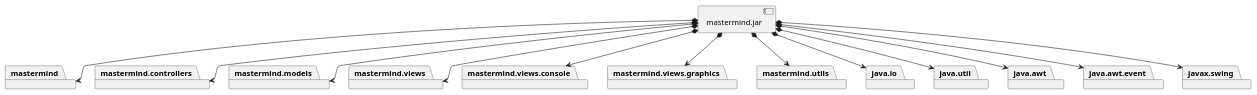
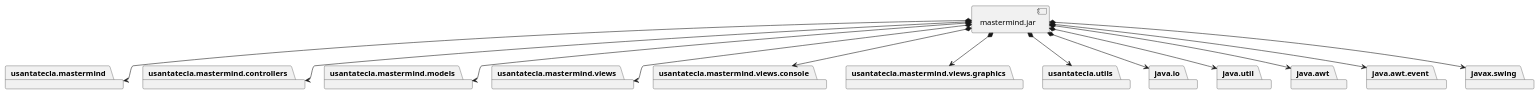
The first of 2 diagrams in modelViewPresenter/presentationModel/withoutDoubleDispatching/docs/diagrams/src/vistas.plantuml (SantaTecla-mastermind/solution.java.swing.socket.sql), drawn with PlantUML before and after one commit. The commit also changed 5 other files, not shown here.

```diff
--- a/modelViewPresenter/presentationModel/withoutDoubleDispatching/docs/diagrams/src/vistas.plantuml
+++ b/modelViewPresenter/presentationModel/withoutDoubleDispatching/docs/diagrams/src/vistas.plantuml
@@ -1,41 +1,41 @@
 @startuml desarrollo_implementacion
-package "  "  as mastermind {
+package "  "  as usantatecla.mastermind {
 }
-package "  "  as mastermind.controllers {
+package "  "  as usantatecla.mastermind.controllers {
 }
-package "  "  as mastermind.models {
+package "  "  as usantatecla.mastermind.models {
 }
-package "  "  as mastermind.views {
+package "  "  as usantatecla.mastermind.views {
 }
-package "  "  as mastermind.views.console {
+package "  "  as usantatecla.mastermind.views.console {
 }
-package "  "  as mastermind.views.graphics {
+package "  "  as usantatecla.mastermind.views.graphics {
 }
-package "  "  as mastermind.utils {
+package "  "  as usantatecla.utils {
 }
 package "  "  as java.io {
 }
 package "  "  as java.util {
 }
 package "  "  as java.awt {
 }
 package "  "  as java.awt.event {
 }
 package "  "  as javax.swing {
 }
 
 [mastermind.jar] as jar
 
-jar *--> mastermind
-jar *--> mastermind.controllers
-jar *--> mastermind.models
-jar *--> mastermind.views
-jar *--> mastermind.views.console
-jar *--> mastermind.views.graphics
-jar *--> mastermind.utils
+jar *--> usantatecla.mastermind
+jar *--> usantatecla.mastermind.controllers
+jar *--> usantatecla.mastermind.models
+jar *--> usantatecla.mastermind.views
+jar *--> usantatecla.mastermind.views.console
+jar *--> usantatecla.mastermind.views.graphics
+jar *--> usantatecla.utils
 jar *--> java.io
 jar *--> java.util
 jar *--> java.awt
 jar *--> java.awt.event
 jar *--> javax.swing
 @enduml
```
